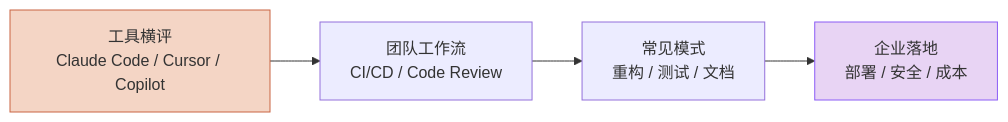
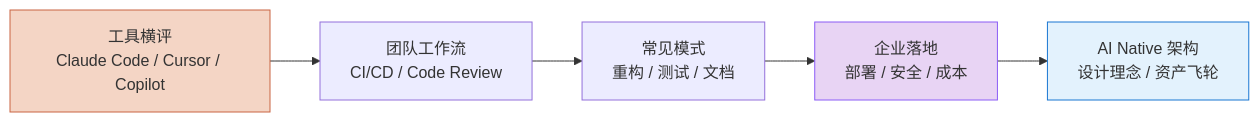
One commit to dukegod/ai-handbook changed the diagram in ai-coding/index.md. Above: the diagram before and after it, drawn with Mermaid. The commit also changed other lines of this file and 27 other files, not shown here.

First line of the commit message:
feat: AI Native 架构专题 + 视频/图片模型对比

````diff
--- a/ai-coding/index.md
+++ b/ai-coding/index.md
@@ -22,9 +22,11 @@
 ```mermaid
 flowchart LR
   A[工具横评<br/>Claude Code / Cursor / Copilot] --> B[团队工作流<br/>CI/CD / Code Review]
   B --> C[常见模式<br/>重构 / 测试 / 文档]
   C --> D[企业落地<br/>部署 / 安全 / 成本]
+  D --> E[AI Native 架构<br/>设计理念 / 资产飞轮]
 
   style A fill:#f4d5c5,stroke:#c96442
   style D fill:#e8d4f4,stroke:#8b5cf6
+  style E fill:#e3f2fd,stroke:#1976d2
 ```
````
